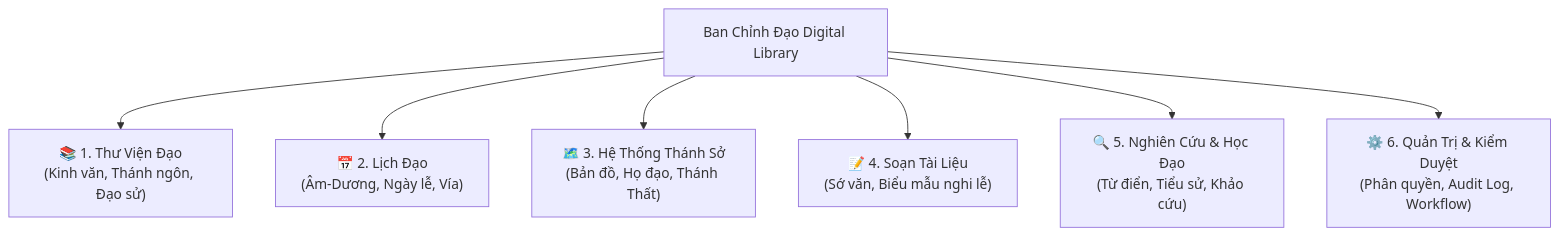
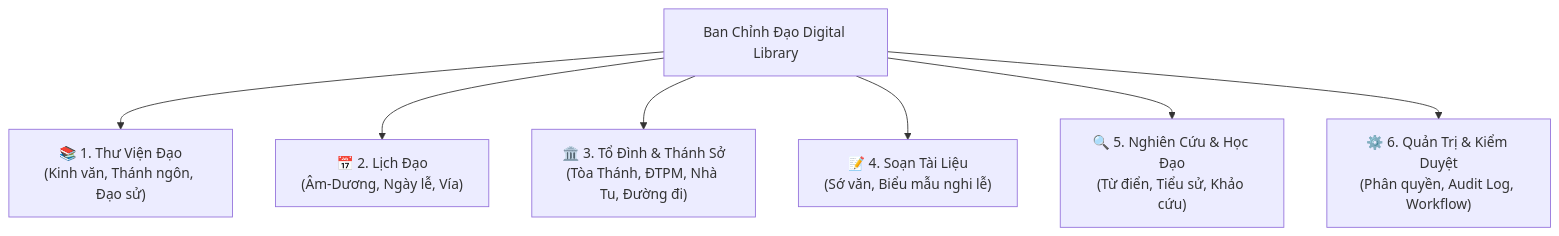
The diagram in README.md (DG-Kit/CaoDai-BCD), drawn with Mermaid before and after one commit. The commit also changed other lines of this file and 25 other files, not shown here.

````diff
--- a/README.md
+++ b/README.md
@@ -29,9 +29,9 @@
 ```mermaid
 flowchart TD
     Core["Ban Chỉnh Đạo Digital Library"] --> Lib["📚 1. Thư Viện Đạo\n(Kinh văn, Thánh ngôn, Đạo sử)"]
     Core --> Cal["📅 2. Lịch Đạo\n(Âm-Dương, Ngày lễ, Vía)"]
-    Core --> Site["🗺️ 3. Hệ Thống Thánh Sở\n(Bản đồ, Họ đạo, Thánh Thất)"]
+    Core --> Site["🏛️ 3. Tổ Đình & Thánh Sở\n(Tòa Thánh, ĐTPM, Nhà Tu, Đường đi)"]
     Core --> Doc["📝 4. Soạn Tài Liệu\n(Sớ văn, Biểu mẫu nghi lễ)"]
     Core --> Study["🔍 5. Nghiên Cứu & Học Đạo\n(Từ điển, Tiểu sử, Khảo cứu)"]
     Core --> Admin["⚙️ 6. Quản Trị & Kiểm Duyệt\n(Phân quyền, Audit Log, Workflow)"]
 ```
````
